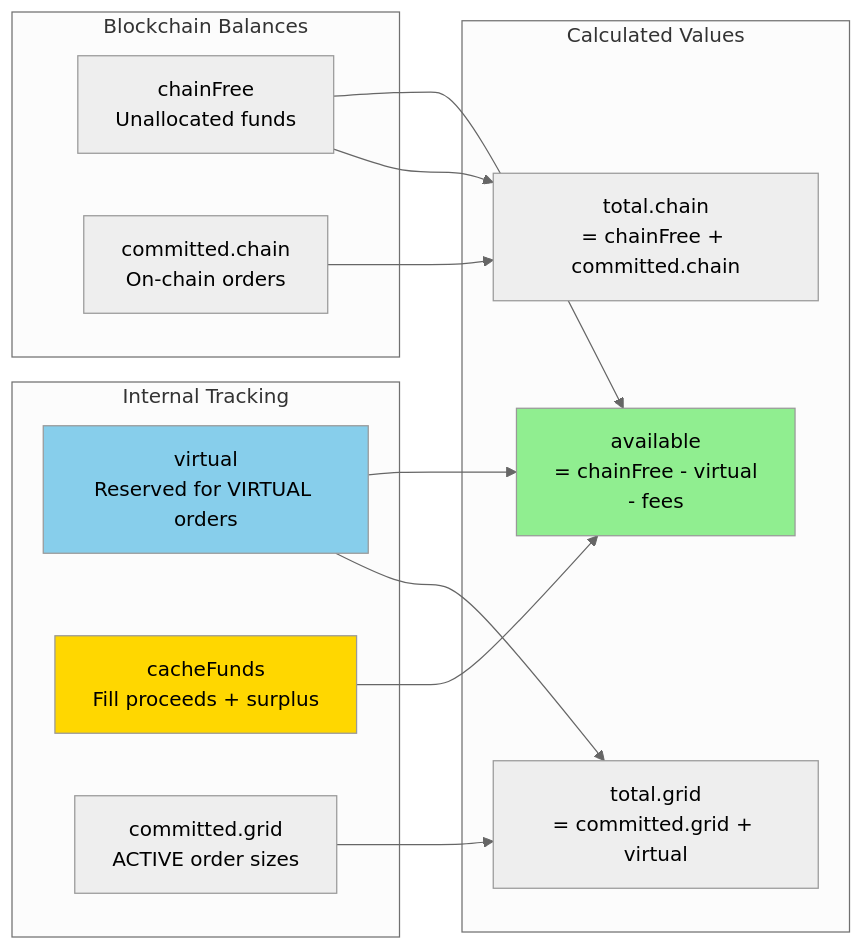
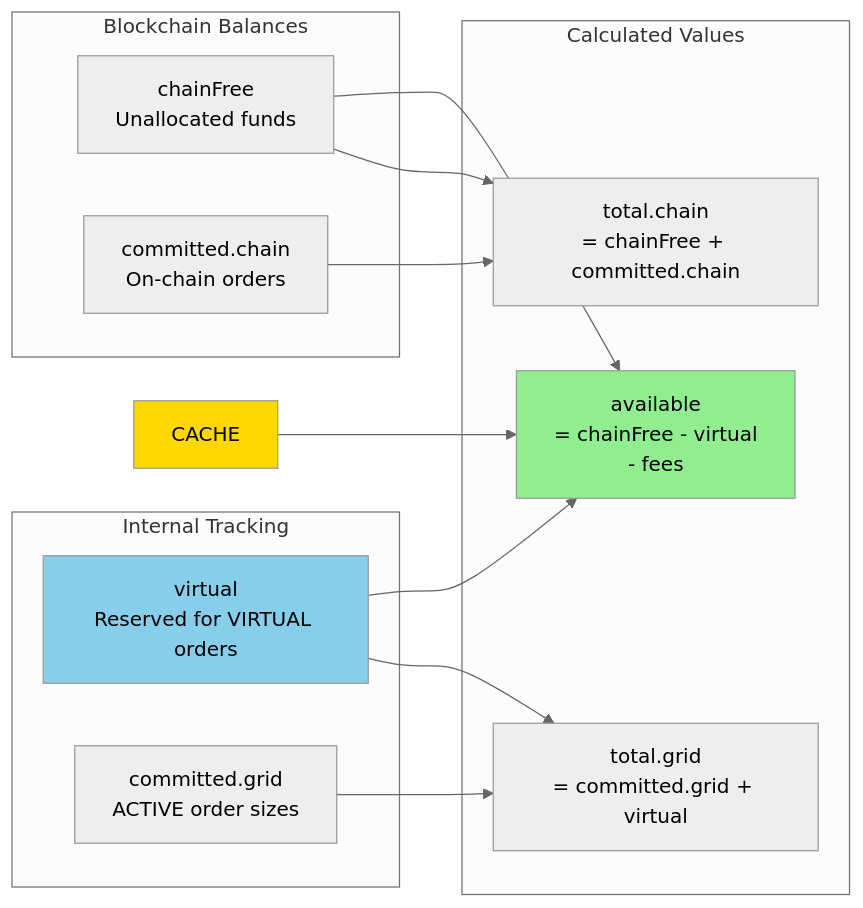
Before and after one commit to abitmore/DEXBot2: the fifth of 13 diagrams in docs/architecture.md, drawn with Mermaid (neutral theme). The commit also changed other lines of this file and 39 other files, not shown here.

First line of the commit message:
refactor: remove cacheFunds tracking and clean up documentation

````diff
--- a/docs/architecture.md
+++ b/docs/architecture.md
@@ -764,33 +764,32 @@
 ```mermaid
 graph LR
     subgraph "Blockchain Balances"
         CHAIN_FREE[chainFree<br/>Unallocated funds]
         CHAIN_COMMITTED[committed.chain<br/>On-chain orders]
     end
     
     subgraph "Internal Tracking"
         VIRTUAL[virtual<br/>Reserved for VIRTUAL orders]
-        CACHE[cacheFunds<br/>Fill proceeds + surplus]
         GRID_COMMITTED[committed.grid<br/>ACTIVE order sizes]
     end
     
     subgraph "Calculated Values"
         AVAILABLE[available<br/>= chainFree - virtual<br/>- fees]
         TOTAL_CHAIN[total.chain<br/>= chainFree + committed.chain]
         TOTAL_GRID[total.grid<br/>= committed.grid + virtual]
     end
     
     CHAIN_FREE --> AVAILABLE
     VIRTUAL --> AVAILABLE
     CACHE --> AVAILABLE
     
     CHAIN_FREE --> TOTAL_CHAIN
     CHAIN_COMMITTED --> TOTAL_CHAIN
     
     GRID_COMMITTED --> TOTAL_GRID
     VIRTUAL --> TOTAL_GRID
     
     style AVAILABLE fill:#90EE90
     style CACHE fill:#FFD700
     style VIRTUAL fill:#87CEEB
 ```
````
